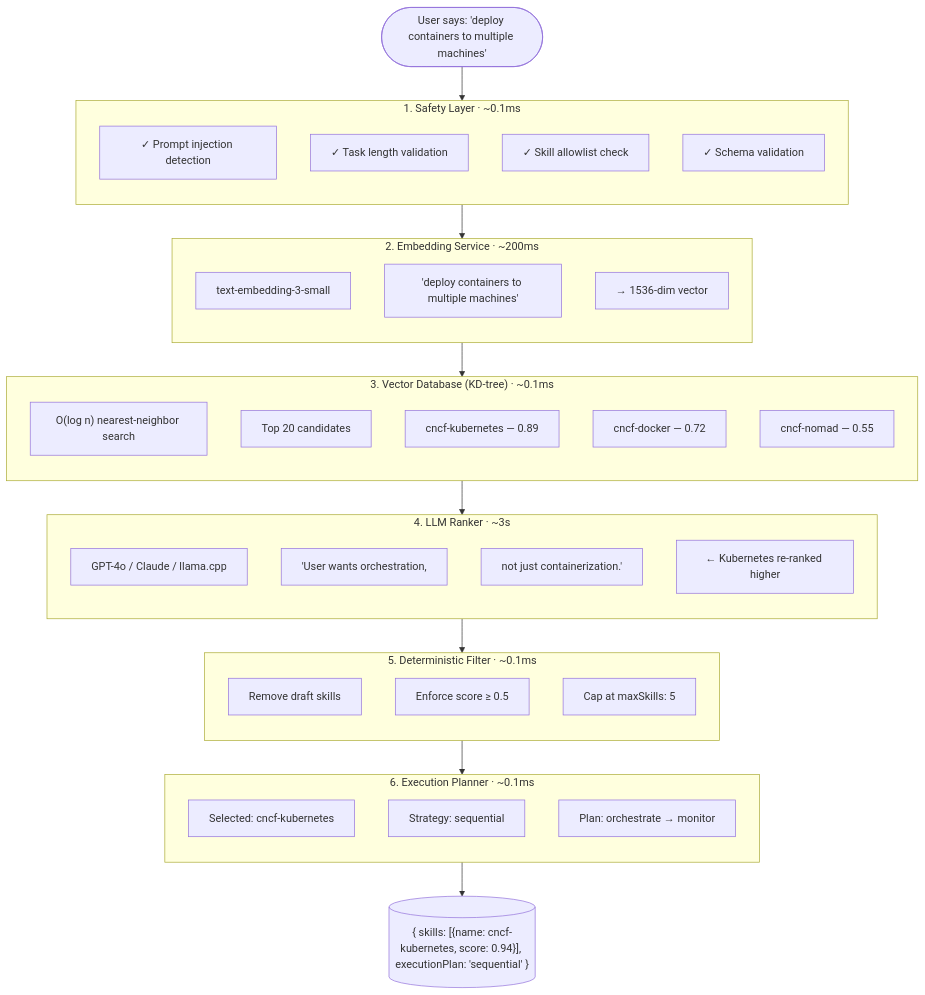
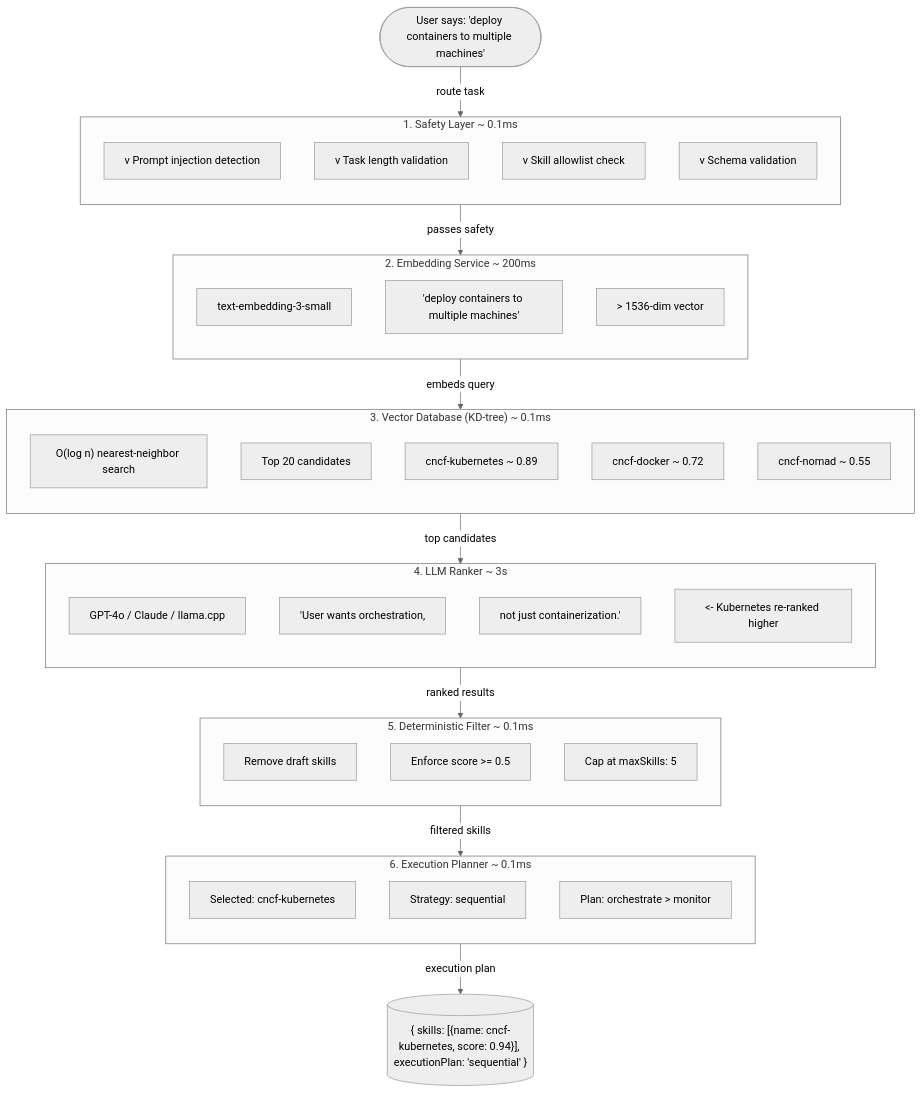
The fourth of 10 diagrams in docs/skill-evolution.md (paulpas/agent-skill-router), drawn with Mermaid before and after one commit. The commit also changed other lines of this file, not shown here.

Commit message:
docs: improve Mermaid diagrams per mermaid-diagrams skill guidelines — add alt-text descriptions, edge labels, YAML config, ASCII safety, and semantic styling

````diff
--- a/docs/skill-evolution.md
+++ b/docs/skill-evolution.md
@@ -191,72 +199,76 @@
 ```mermaid
+---
+config:
+  theme: neutral
+---
 flowchart TD
     %% Input
-    Input(["User says: 'deploy containers to multiple machines'"]) --> Stage1
+    Input(["User says: 'deploy containers to multiple machines'"]) -->|"route task"| Stage1
 
     %% Stage 1: Safety
-    subgraph Stage1["1. Safety Layer · ~0.1ms"]
+    subgraph Stage1["1. Safety Layer ~ 0.1ms"]
         direction TB
-        S1a["✓ Prompt injection detection"]
-        S1b["✓ Task length validation"]
-        S1c["✓ Skill allowlist check"]
-        S1d["✓ Schema validation"]
+        S1a["v Prompt injection detection"]
+        S1b["v Task length validation"]
+        S1c["v Skill allowlist check"]
+        S1d["v Schema validation"]
     end
 
-    Stage1 --> Stage2
+    Stage1 -->|"passes safety"| Stage2
 
     %% Stage 2: Embedding
-    subgraph Stage2["2. Embedding Service · ~200ms"]
+    subgraph Stage2["2. Embedding Service ~ 200ms"]
         direction TB
         S2a["text-embedding-3-small"]
         S2b["'deploy containers to multiple machines'"]
-        S2c["→ 1536-dim vector"]
+        S2c["> 1536-dim vector"]
     end
 
-    Stage2 --> Stage3
+    Stage2 -->|"embeds query"| Stage3
 
     %% Stage 3: Vector DB
-    subgraph Stage3["3. Vector Database (KD-tree) · ~0.1ms"]
+    subgraph Stage3["3. Vector Database (KD-tree) ~ 0.1ms"]
         direction TB
         S3a["O(log n) nearest-neighbor search"]
         S3b["Top 20 candidates"]
-        S3c["cncf-kubernetes — 0.89"]
-        S3d["cncf-docker — 0.72"]
-        S3e["cncf-nomad — 0.55"]
+        S3c["cncf-kubernetes ~ 0.89"]
+        S3d["cncf-docker ~ 0.72"]
+        S3e["cncf-nomad ~ 0.55"]
     end
 
-    Stage3 --> Stage4
+    Stage3 -->|"top candidates"| Stage4
 
     %% Stage 4: LLM Ranker
-    subgraph Stage4["4. LLM Ranker · ~3s"]
+    subgraph Stage4["4. LLM Ranker ~ 3s"]
         direction TB
         S4a["GPT-4o / Claude / llama.cpp"]
         S4b["'User wants orchestration,"]
         S4c["not just containerization.'"]
-        S4d["← Kubernetes re-ranked higher"]
+        S4d["<- Kubernetes re-ranked higher"]
     end
 
-    Stage4 --> Stage5
+    Stage4 -->|"ranked results"| Stage5
 
     %% Stage 5: Filter
-    subgraph Stage5["5. Deterministic Filter · ~0.1ms"]
+    subgraph Stage5["5. Deterministic Filter ~ 0.1ms"]
         direction TB
         S5a["Remove draft skills"]
-        S5b["Enforce score ≥ 0.5"]
+        S5b["Enforce score >= 0.5"]
         S5c["Cap at maxSkills: 5"]
     end
 
-    Stage5 --> Stage6
+    Stage5 -->|"filtered skills"| Stage6
 
     %% Stage 6: Planner
-    subgraph Stage6["6. Execution Planner · ~0.1ms"]
+    subgraph Stage6["6. Execution Planner ~ 0.1ms"]
         direction TB
         S6a["Selected: cncf-kubernetes"]
         S6b["Strategy: sequential"]
-        S6c["Plan: orchestrate → monitor"]
+        S6c["Plan: orchestrate > monitor"]
     end
 
-    Stage6 --> Output
+    Stage6 -->|"execution plan"| Output
 
     %% Output
     Output[("{ skills: [{name: cncf-kubernetes, score: 0.94}], executionPlan: 'sequential' }")]
 ```
````
